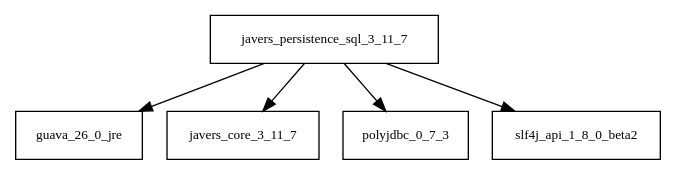
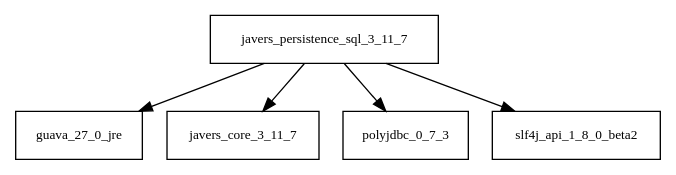
One commit to Hack23/cia changed the diagram in tattleTaleReport/graphviz/javers-persistence-sql-3.11.7.jar/javers-persistence-sql-3.11.7.jar.dot. Above: the diagram before and after it, drawn with Graphviz. The commit also changed 1455 other files, not shown here.

```diff
--- a/tattleTaleReport/graphviz/javers-persistence-sql-3.11.7.jar/javers-persistence-sql-3.11.7.jar.dot
+++ b/tattleTaleReport/graphviz/javers-persistence-sql-3.11.7.jar/javers-persistence-sql-3.11.7.jar.dot
@@ -1,7 +1,7 @@
 digraph javers_persistence_sql_3_11_7_dependencies {
   node [shape = box, fontsize=10.0];
-  javers_persistence_sql_3_11_7 -> guava_26_0_jre;
+  javers_persistence_sql_3_11_7 -> guava_27_0_jre;
   javers_persistence_sql_3_11_7 -> javers_core_3_11_7;
   javers_persistence_sql_3_11_7 -> polyjdbc_0_7_3;
   javers_persistence_sql_3_11_7 -> slf4j_api_1_8_0_beta2;
 }
```
